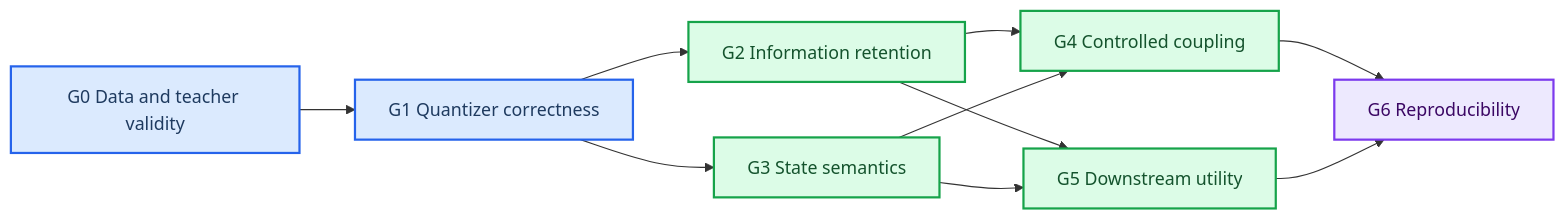
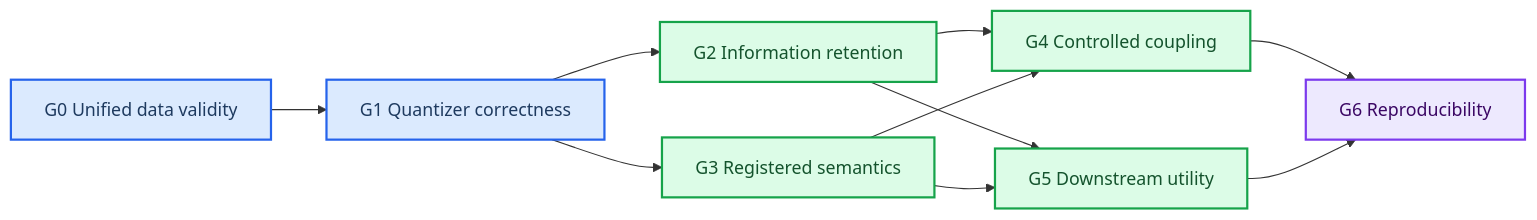
Before and after one commit to Kevin65536/PID-MCM: the first of 2 diagrams in docs/physiology_semantic_tokenizer/05_EXPERIMENT_DESIGN.md, drawn with Mermaid. The commit also changed other lines of this file and 19 other files, not shown here.

````diff
--- a/docs/physiology_semantic_tokenizer/05_EXPERIMENT_DESIGN.md
+++ b/docs/physiology_semantic_tokenizer/05_EXPERIMENT_DESIGN.md
@@ -11,23 +11,23 @@
 ```mermaid
 flowchart LR
     accTitle: Scientific claim gate hierarchy
-    accDescr: Data validity and quantizer correctness precede two co-equal tokenizer gates for information retention and state semantics; both are required before controlled coupling or downstream utility is evaluated.
+    accDescr: Data validity and quantizer correctness precede two co-equal tokenizer gates for information retention and registered semantics; both are required before controlled coupling or downstream utility is evaluated.
 
-    g0["G0 Data and teacher validity"] --> g1["G1 Quantizer correctness"]
+    g0["G0 Unified data validity"] --> g1["G1 Quantizer correctness"]
     g1 --> g2["G2 Information retention"]
-    g1 --> g3["G3 State semantics"]
+    g1 --> g3["G3 Registered semantics"]
     g2 --> g4
     g3 --> g4["G4 Controlled coupling"]
     g2 --> g5
     g3 --> g5["G5 Downstream utility"]
     g4 --> g6["G6 Reproducibility"]
     g5 --> g6
 
     classDef foundation fill:#dbeafe,stroke:#2563eb,stroke-width:2px,color:#1e3a5f
     classDef evidence fill:#dcfce7,stroke:#16a34a,stroke-width:2px,color:#14532d
     classDef terminal fill:#ede9fe,stroke:#7c3aed,stroke-width:2px,color:#3b0764
 
     class g0,g1 foundation
     class g2,g3,g4,g5 evidence
     class g6 terminal
 ```
````
